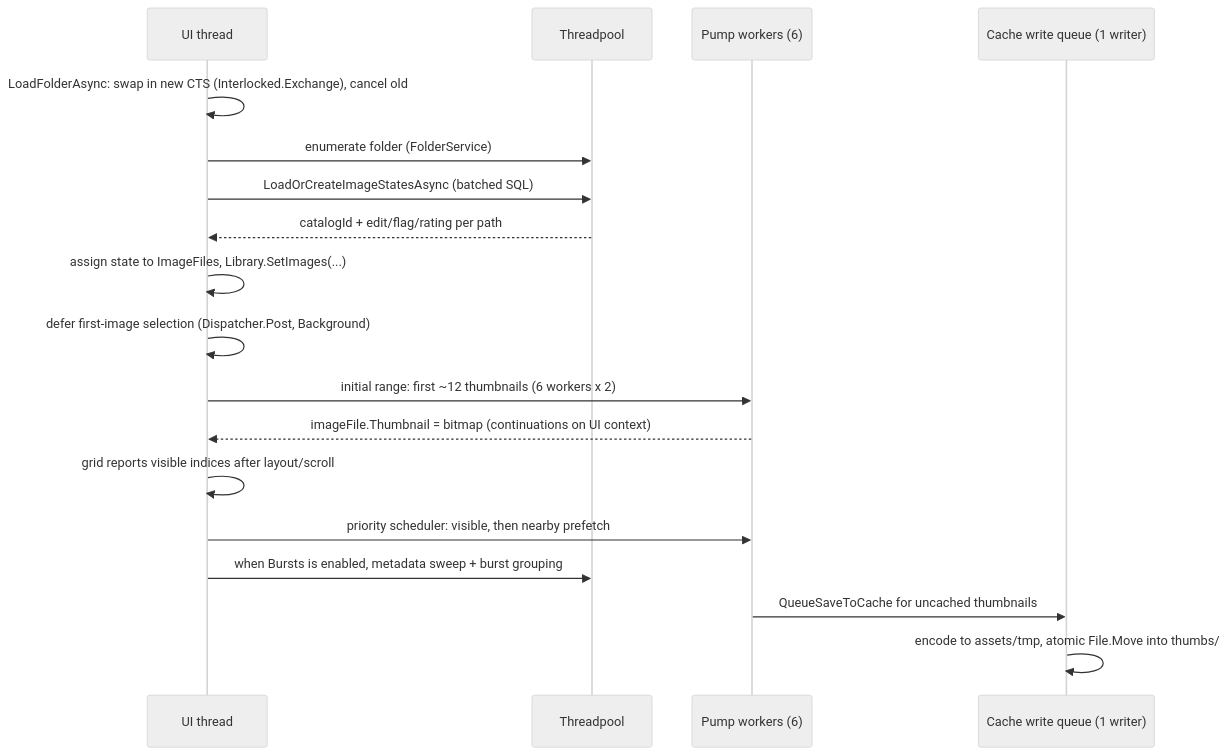
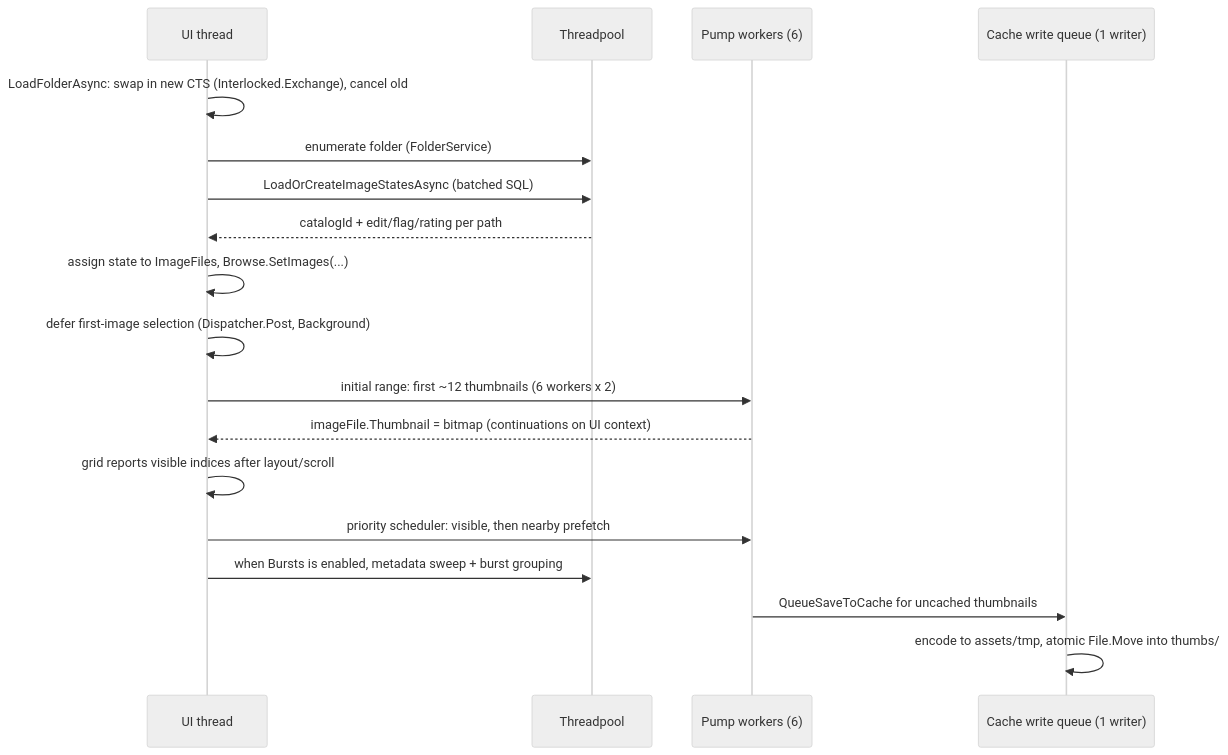
Before and after one commit to seasalim/happy-photon: the diagram in docs/ARCHITECTURE.md, drawn with Mermaid (neutral theme). The commit also changed other lines of this file and 132 other files, not shown here.

Commit message:
Rename the Library workspace to Browse

````diff
--- a/docs/ARCHITECTURE.md
+++ b/docs/ARCHITECTURE.md
@@ -342,21 +342,21 @@
 ```mermaid
 sequenceDiagram
     participant UI as UI thread
     participant TP as Threadpool
     participant W as Pump workers (6)
     participant Q as Cache write queue (1 writer)
 
     UI->>UI: LoadFolderAsync: swap in new CTS (Interlocked.Exchange), cancel old
     UI->>TP: enumerate folder (FolderService)
     UI->>TP: LoadOrCreateImageStatesAsync (batched SQL)
     TP-->>UI: catalogId + edit/flag/rating per path
-    UI->>UI: assign state to ImageFiles, Library.SetImages(...)
+    UI->>UI: assign state to ImageFiles, Browse.SetImages(...)
     UI->>UI: defer first-image selection (Dispatcher.Post, Background)
     UI->>W: initial range: first ~12 thumbnails (6 workers x 2)
     W-->>UI: imageFile.Thumbnail = bitmap (continuations on UI context)
     UI->>UI: grid reports visible indices after layout/scroll
     UI->>W: priority scheduler: visible, then nearby prefetch
     UI->>TP: when Bursts is enabled, metadata sweep + burst grouping
     W->>Q: QueueSaveToCache for uncached thumbnails
     Q->>Q: encode to assets/tmp, atomic File.Move into thumbs/
 ```
````
